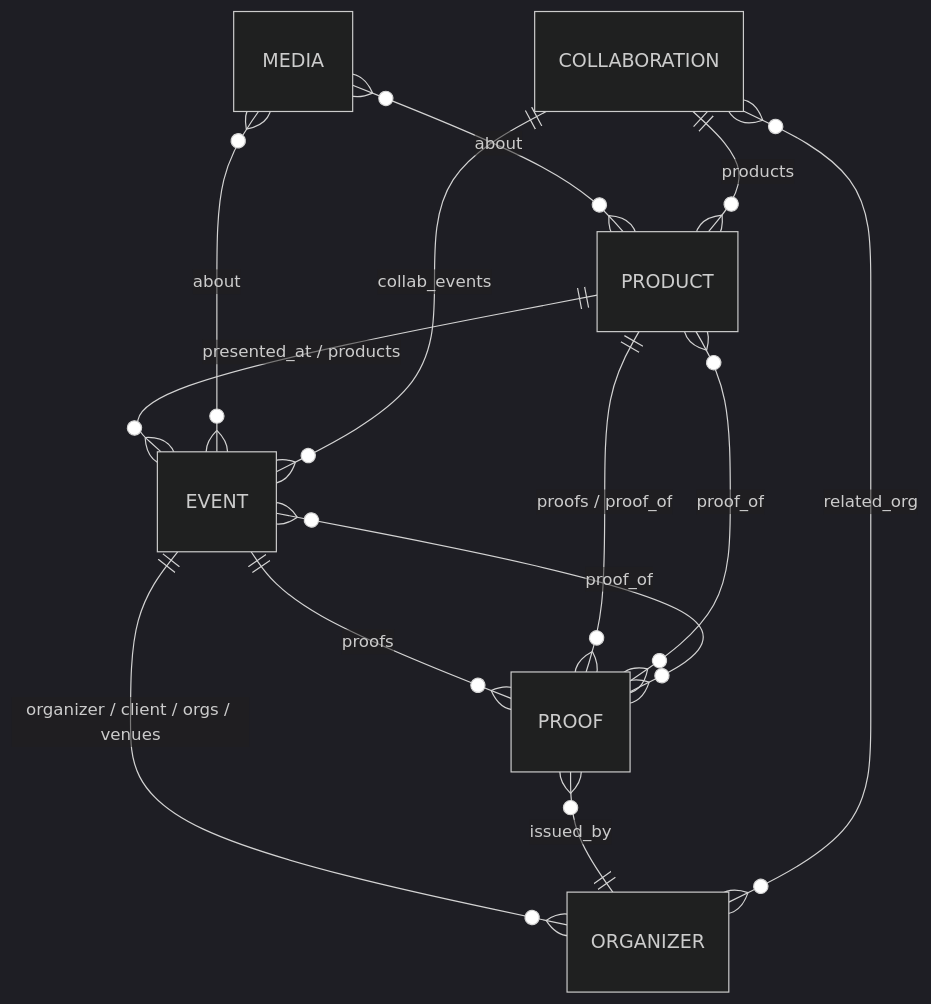
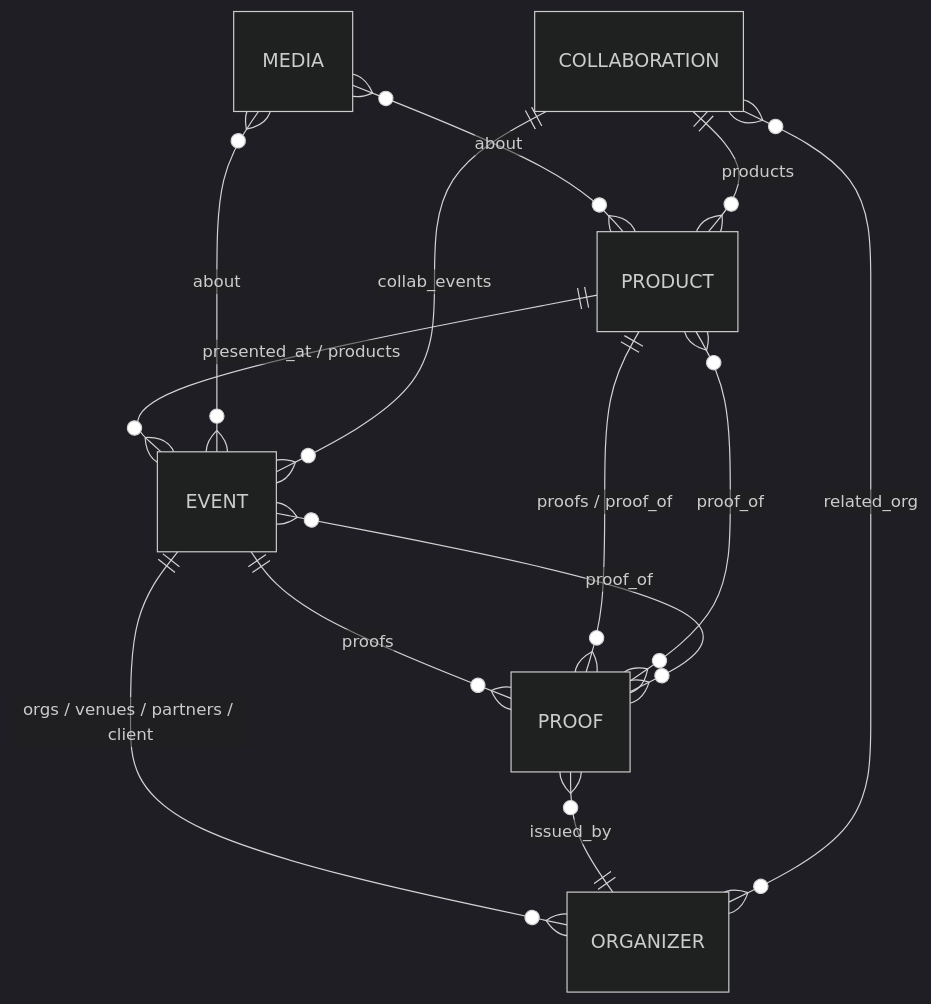
The second of 2 diagrams in CONTENT-SCHEMA.md (odadream/odadream-site), drawn with Mermaid (dark theme) before and after one commit. The commit also changed other lines of this file and 44 other files, not shown here.

First line of the commit message:
feat: event-scoped roles with partners and provenance

````diff
--- a/CONTENT-SCHEMA.md
+++ b/CONTENT-SCHEMA.md
@@ -259,15 +278,15 @@
 ```mermaid
 erDiagram
   PRODUCT ||--o{ EVENT : "presented_at / products"
-  EVENT ||--o{ ORGANIZER : "organizer / client / orgs / venues"
+  EVENT ||--o{ ORGANIZER : "orgs / venues / partners / client"
   EVENT ||--o{ PROOF : "proofs"
   PRODUCT ||--o{ PROOF : "proofs / proof_of"
   PROOF }o--|| ORGANIZER : "issued_by"
   PROOF }o--o{ PRODUCT : "proof_of"
   PROOF }o--o{ EVENT : "proof_of"
   MEDIA }o--o{ PRODUCT : "about"
   MEDIA }o--o{ EVENT : "about"
   COLLABORATION ||--o{ PRODUCT : "products"
   COLLABORATION ||--o{ EVENT : "collab_events"
   COLLABORATION }o--o{ ORGANIZER : "related_org"
 ```
````
